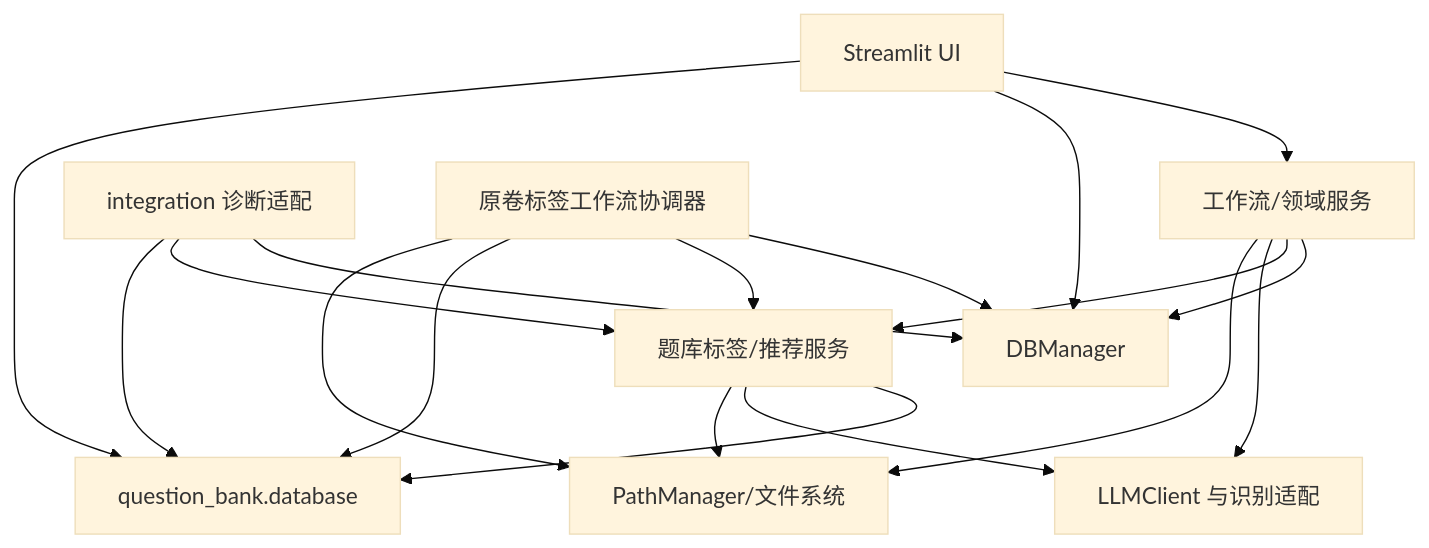
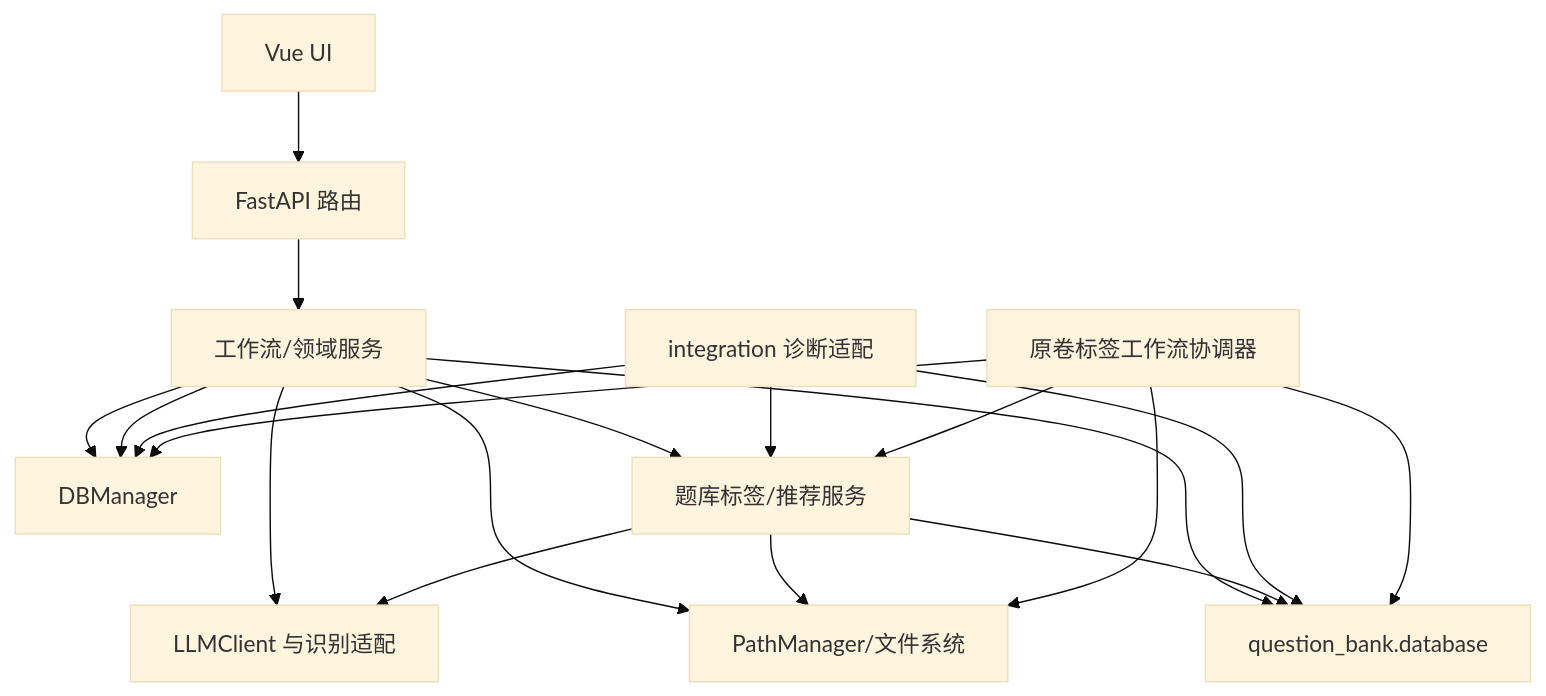
Before and after one commit to Hineni412/ai-grading-system-workstation: the second of 5 diagrams in ARCHITECTURE.md, drawn with Mermaid (base theme). The commit also changed other lines of this file and 2 other files, not shown here.

Commit message:
docs: align product entry after Streamlit retirement

````diff
--- a/ARCHITECTURE.md
+++ b/ARCHITECTURE.md
@@ -182,24 +182,25 @@
 ```mermaid
 flowchart TD
-    UI["Streamlit UI"] --> Workflow["工作流/领域服务"]
-    UI --> GradingData["DBManager"]
-    UI --> BankData["question_bank.database"]
+    UI["Vue UI"] --> API["FastAPI 路由"]
+    API --> Workflow["工作流/领域服务"]
+    Workflow --> GradingData["DBManager"]
+    Workflow --> BankData["question_bank.database"]
 
     Workflow --> GradingData
     Workflow --> BankServices["题库标签/推荐服务"]
     Workflow --> LLM["LLMClient 与识别适配"]
     Workflow --> Paths["PathManager/文件系统"]
 
     BankServices --> BankData
     BankServices --> LLM
     BankServices --> Paths
 
     Integration["integration 诊断适配"] --> GradingData
     Integration --> BankServices
     Integration --> BankData
 
     PaperWorkflow["原卷标签工作流协调器"] --> GradingData
     PaperWorkflow --> BankServices
     PaperWorkflow --> BankData
     PaperWorkflow --> Paths
 ```
````
